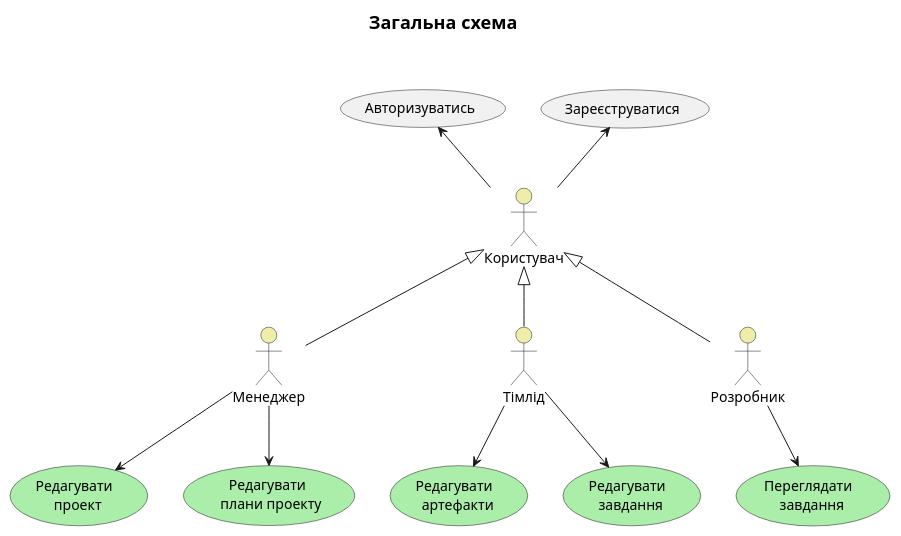
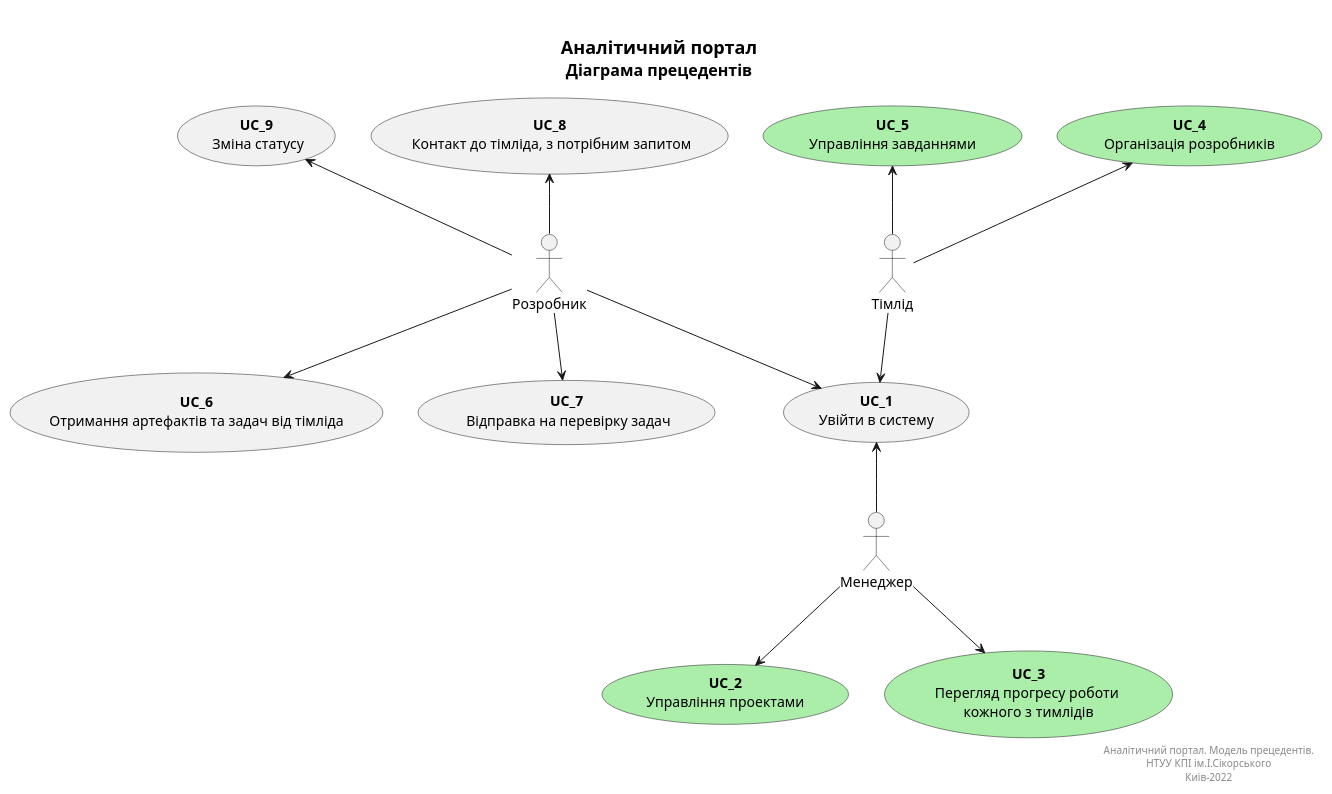
The first of 3 diagrams in docs/use cases/README.md (edu-db/edu_db_labs), drawn with PlantUML before and after one commit. The commit also changed other lines of this file, not shown here.

Commit message:
use-case diagrams

```diff
--- a/docs/use cases/README.md
+++ b/docs/use cases/README.md
@@ -17,47 +17,55 @@
 @startuml
 
+    right header
+        <font size=24 color=black>
+    end header
+
     title
-        <font size=18 color=black>Загальна схема
-        
-        
+        <font size=18 color=black>Аналітичний портал
+        <font size=16 color=black>Діаграма прецедентів
     end title
 
-
-    actor "Користувач" as User #eeeeaa
-    actor "Менеджер" as Manager #eeeeaa
-    actor "Тімлід" as Teamleader #eeeeaa
-    actor "Розробник" as Developer #eeeeaa
+    actor "Менеджер" as Manager
+    actor "Тімлід" as Teamlead
+    actor "Розробник" as Developer
     
     
-    usecase "Зареєструватися" as regis
-    usecase "Авторизуватись" as login
+    usecase "<b>UC_1</b>\nУвійти в систему" as UC_1
     
-    User -up-> regis 
-    User -up-> login
+    usecase "<b>UC_2</b>\nУправління проектами" as UC_2 #aaeeaa
+    usecase "<b>UC_3</b>\nПерегляд прогресу роботи \nкожного з тимлідів" as UC_3 #aaeeaa
     
+    usecase "<b>UC_4</b>\nОрганізація розробників" as UC_4 #aaeeaa
+    usecase "<b>UC_5</b>\nУправління завданнями" as UC_5 #aaeeaa
     
-    Manager -u-|> User
-    Teamleader -u-|> User
-    Developer -u-|> User
+    usecase "<b>UC_6</b>\n Отримання артефактів та задач від тімліда " as UC_6
+    usecase "<b>UC_7</b>\n Відправка на перевірку задач" as UC_7
+    usecase "<b>UC_8</b>\n Контакт до тімліда, з потрібним запитом" as UC_8
+    usecase "<b>UC_9</b>\n Зміна статусу" as UC_9
     
+    Manager -u-> UC_1
+    Manager --> UC_2
+    Manager --> UC_3
     
-    usecase "Редагувати \n проект" as edit_project #aaeeaa
-    usecase "Редагувати \n плани проекту" as edit_plan_project #aaeeaa
+    Teamlead --> UC_1
+    Teamlead -u-> UC_4
+    Teamlead -u-> UC_5
     
-    usecase "Редагувати \n артефакти" as edit_artifact #aaeeaa
-    usecase "Редагувати \n завдання" as edit_task #aaeeaa
+    Developer --> UC_1
+    Developer --> UC_6
+    Developer --> UC_7
+    Developer -u-> UC_8
+    Developer -u-> UC_9
     
-    usecase "Переглядати \n завдання" as review_task #aaeeaa
+
+    right footer
+        Аналітичний портал. Модель прецедентів.
+        НТУУ КПІ ім.І.Сікорського
+        Киів-2022
+    end footer
+
     
-    
-    Manager --> edit_project
-    Manager --> edit_plan_project
-    
-    Teamleader --> edit_artifact
-    Teamleader --> edit_task
-    
-    Developer --> review_task
     
 
 
 @enduml
```
